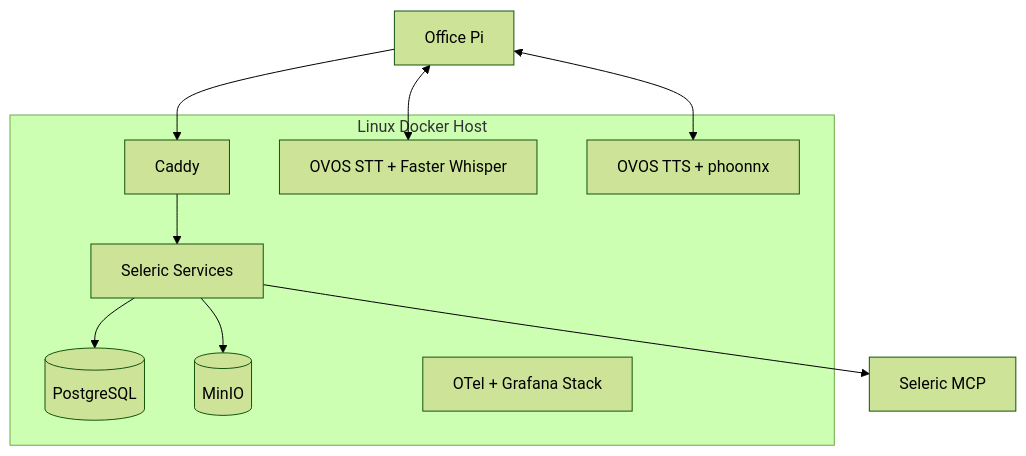
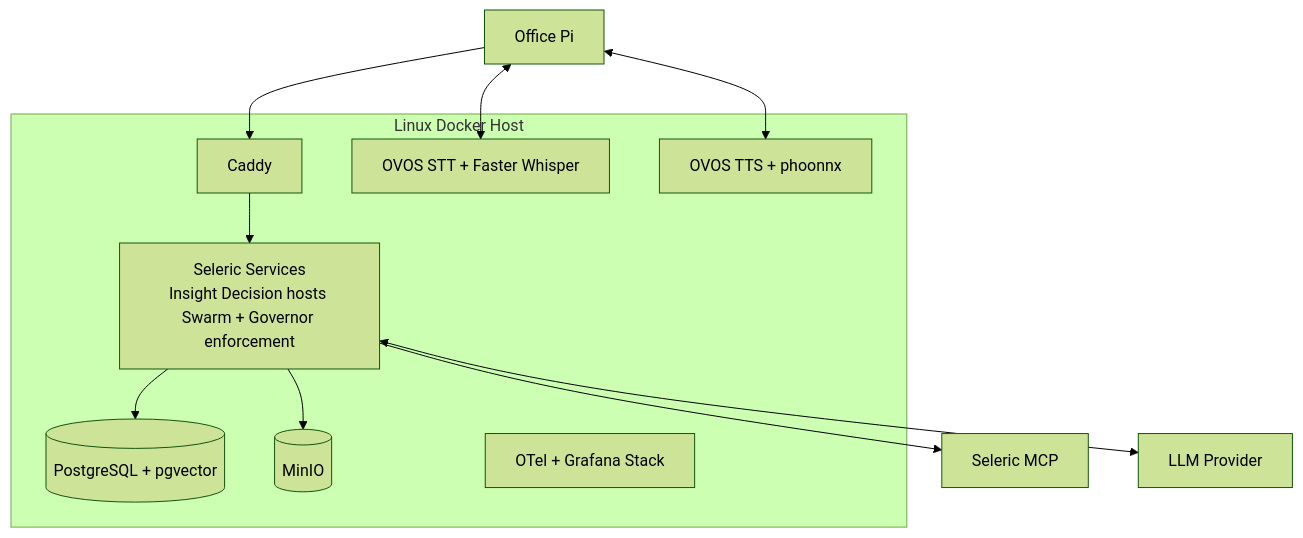
One commit to Tervigon-Collective/Seleric_Agent changed the diagram in diagrams/onprem_deployment.mmd. Above: the diagram before and after it, drawn with Mermaid (forest theme). The commit also changed 26 other files, not shown here.

```diff
--- a/diagrams/onprem_deployment.mmd
+++ b/diagrams/onprem_deployment.mmd
@@ -1,19 +1,21 @@
 flowchart TB
     Pi[Office Pi]
     subgraph Host[Linux Docker Host]
         Caddy[Caddy]
-        Services[Seleric Services]
-        PG[(PostgreSQL)]
+        Services[Seleric Services\nInsight Decision hosts Swarm + Governor enforcement]
+        PG[(PostgreSQL + pgvector)]
         MinIO[(MinIO)]
         STT[OVOS STT + Faster Whisper]
         TTS[OVOS TTS + phoonnx]
         OTel[OTel + Grafana Stack]
         Caddy --> Services
         Services --> PG
         Services --> MinIO
     end
     MCP[Seleric MCP]
+    LLM[LLM Provider]
     Pi --> Caddy
     Pi <--> STT
     Pi <--> TTS
     Services --> MCP
+    Services <--> LLM
```
